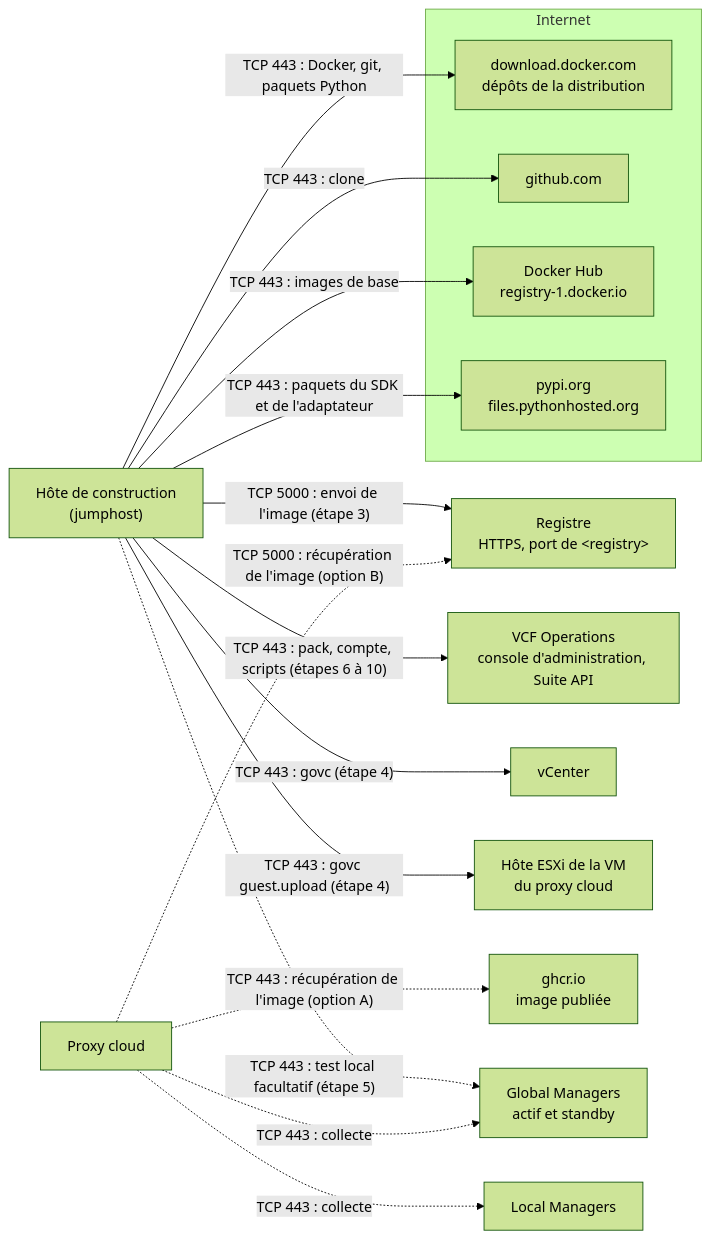
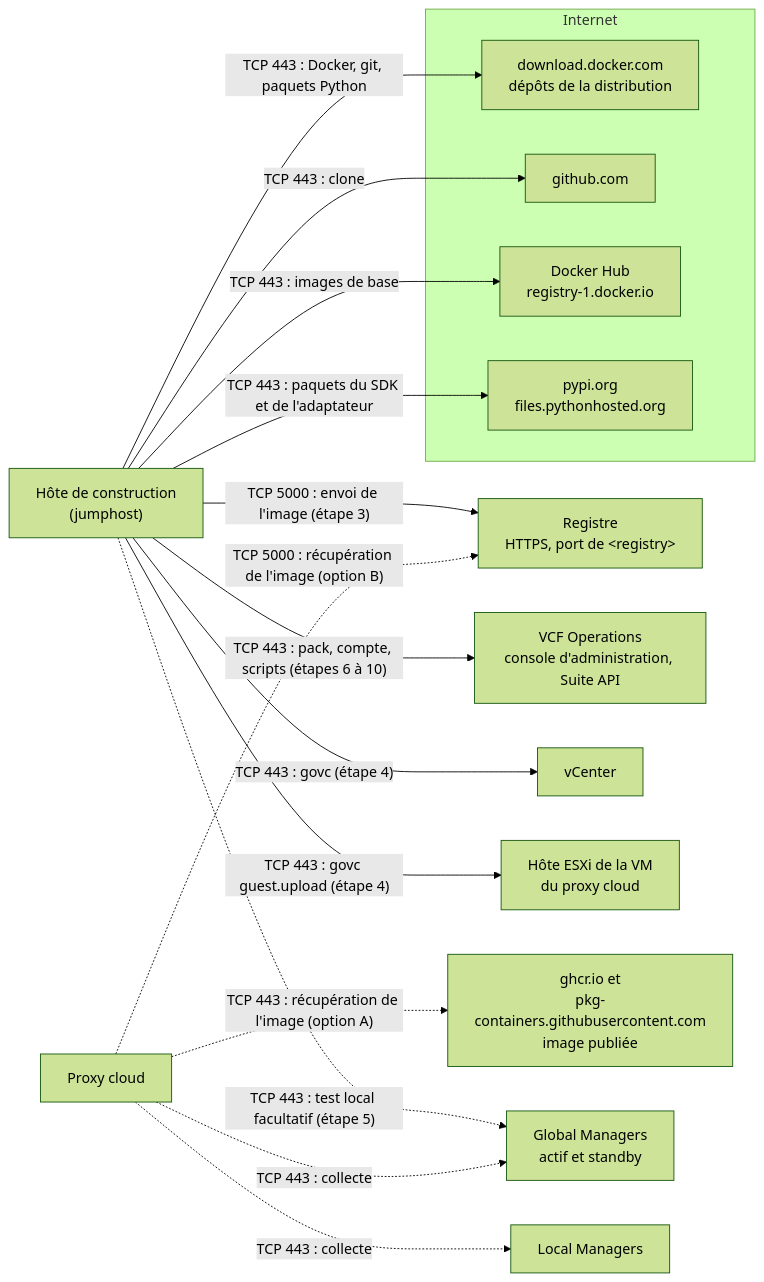
Before and after one commit to sorinplaton/vcf-ops-nsx-federation-mp: the diagram in docs/INSTALL.fr.md, drawn with Mermaid (forest theme). The commit also changed other lines of this file and 4 other files, not shown here.

First line of the commit message:
Install guide: verify cosign signatures, mirror variant, pkg-containers host

````diff
--- a/docs/INSTALL.fr.md
+++ b/docs/INSTALL.fr.md
@@ -43,32 +43,32 @@
 ```mermaid
 flowchart LR
   subgraph NET["Internet"]
     PKG["download.docker.com<br/>dépôts de la distribution"]
     GH["github.com"]
     HUB["Docker Hub<br/>registry-1.docker.io"]
     PYPI["pypi.org<br/>files.pythonhosted.org"]
   end
   BH["Hôte de construction<br/>(jumphost)"]
   REG["Registre<br/>HTTPS, port de &lt;registry&gt;"]
   OPS["VCF Operations<br/>console d'administration, Suite API"]
   VC["vCenter"]
   ESX["Hôte ESXi de la VM<br/>du proxy cloud"]
   CP["Proxy cloud"]
-  GHCR["ghcr.io<br/>image publiée"]
+  GHCR["ghcr.io et<br/>pkg-containers.githubusercontent.com<br/>image publiée"]
   GM["Global Managers<br/>actif et standby"]
   LM["Local Managers"]
 
   BH -->|"TCP 443 : Docker, git, paquets Python"| PKG
   BH -->|"TCP 443 : clone"| GH
   BH -->|"TCP 443 : images de base"| HUB
   BH -->|"TCP 443 : paquets du SDK et de l'adaptateur"| PYPI
   BH -->|"TCP 5000 : envoi de l'image (étape 3)"| REG
   BH -->|"TCP 443 : pack, compte, scripts (étapes 6 à 10)"| OPS
   BH -->|"TCP 443 : govc (étape 4)"| VC
   BH -->|"TCP 443 : govc guest.upload (étape 4)"| ESX
   BH -.->|"TCP 443 : test local facultatif (étape 5)"| GM
   CP -.->|"TCP 5000 : récupération de l'image (option B)"| REG
   CP -.->|"TCP 443 : récupération de l'image (option A)"| GHCR
   CP -.->|"TCP 443 : collecte"| GM
   CP -.->|"TCP 443 : collecte"| LM
 ```
````
